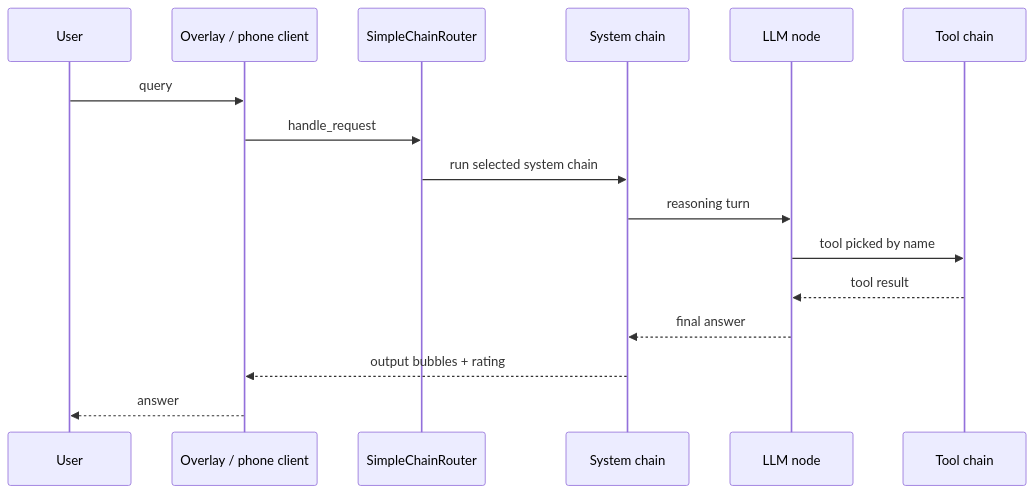
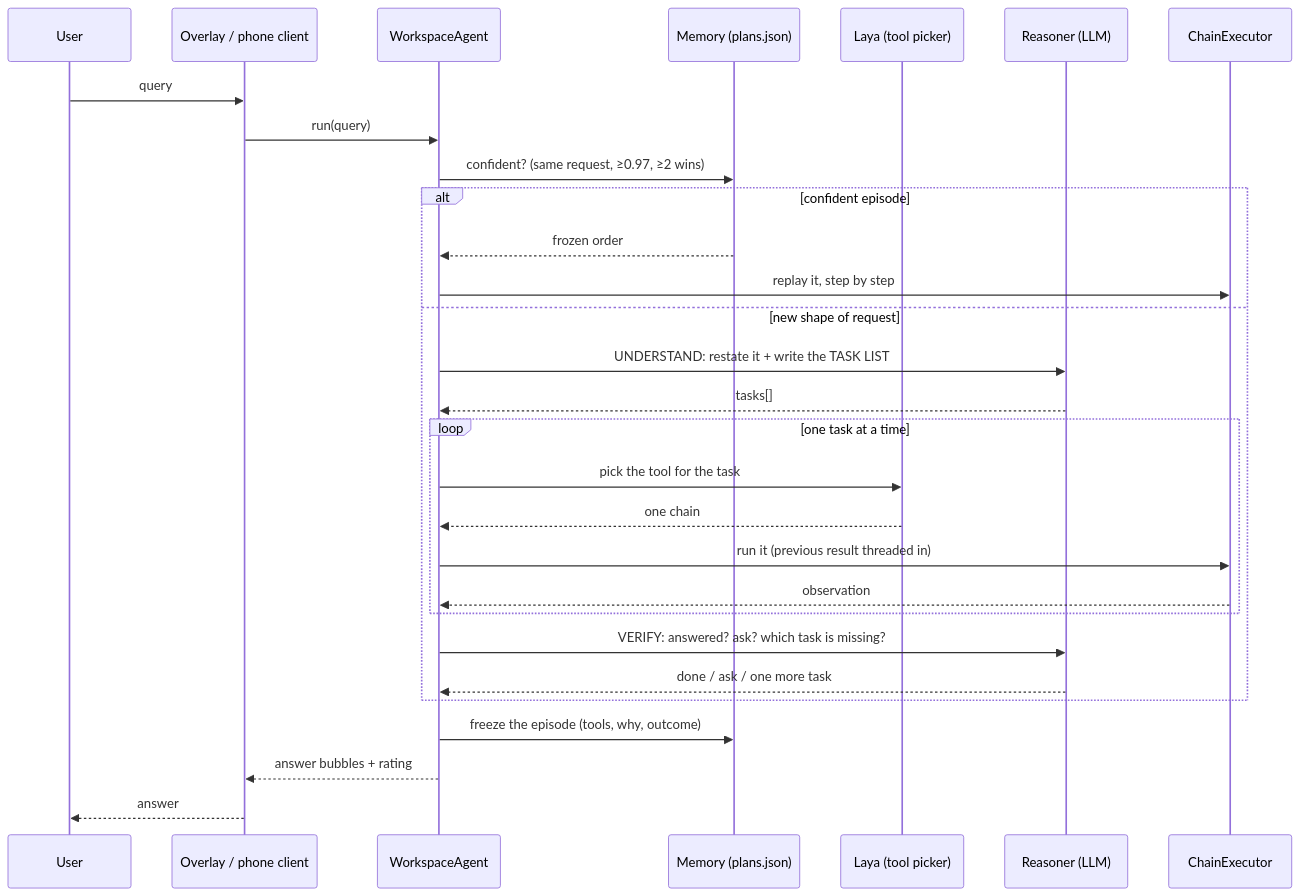
Diagram 11 of 21 in LoOper/README.MD (RodrigoBenitez343/Arrow), drawn with Mermaid before and after one commit. The commit also changed other lines of this file and 299 other files, not shown here.

Commit message:
node wires patches + web sequences dedup fix

````diff
--- a/LoOper/README.MD
+++ b/LoOper/README.MD
@@ -583,18 +609,31 @@
 ```mermaid
 sequenceDiagram
     participant U as User
     participant O as Overlay / phone client
-    participant R as SimpleChainRouter
-    participant S as System chain
-    participant L as LLM node
-    participant T as Tool chain
+    participant A as WorkspaceAgent
+    participant M as Memory (plans.json)
+    participant L as Laya (tool picker)
+    participant R as Reasoner (LLM)
+    participant T as ChainExecutor
     U->>O: query
-    O->>R: handle_request
-    R->>S: run selected system chain
-    S->>L: reasoning turn
-    L->>T: tool picked by name
-    T-->>L: tool result
-    L-->>S: final answer
-    S-->>O: output bubbles + rating
+    O->>A: run(query)
+    A->>M: confident? (same request, ≥0.97, ≥2 wins)
+    alt confident episode
+        M-->>A: frozen order
+        A->>T: replay it, step by step
+    else new shape of request
+        A->>R: UNDERSTAND: restate it + write the TASK LIST
+        R-->>A: tasks[]
+        loop one task at a time
+            A->>L: pick the tool for the task
+            L-->>A: one chain
+            A->>T: run it (previous result threaded in)
+            T-->>A: observation
+        end
+        A->>R: VERIFY: answered? ask? which task is missing?
+        R-->>A: done / ask / one more task
+    end
+    A->>M: freeze the episode (tools, why, outcome)
+    A-->>O: answer bubbles + rating
     O-->>U: answer
 ```
````
